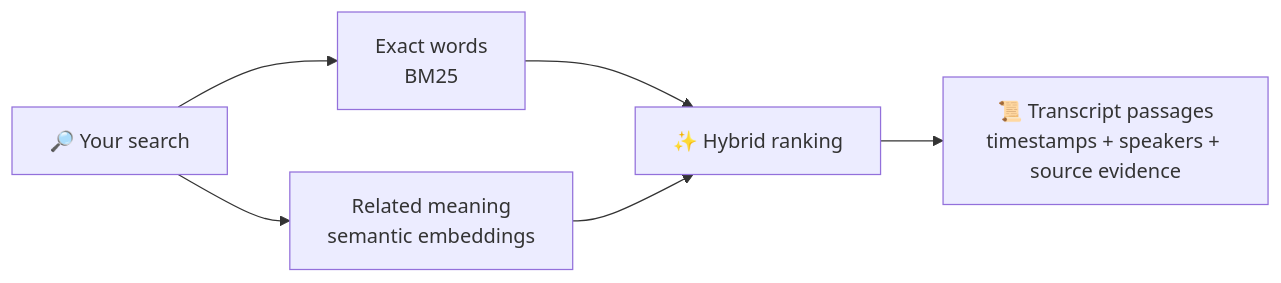
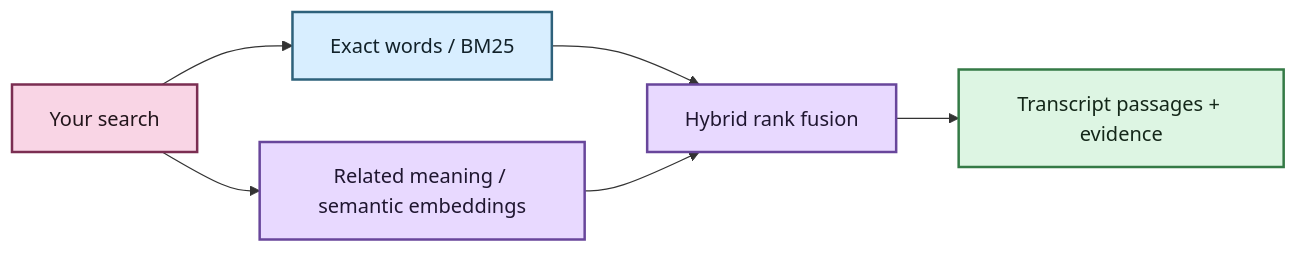
One commit to SSD1805/EchoFlow changed the first of 3 diagrams in docs/semantic-search.md. Above: the diagram before and after it, drawn with Mermaid. The commit also changed other lines of this file, not shown here.

Commit message:
docs: polish semantic search guide

````diff
--- a/docs/semantic-search.md
+++ b/docs/semantic-search.md
@@ -19,8 +24,18 @@
 ```mermaid
 flowchart LR
-    Q[🔎 Your search] --> L[Exact words<br/>BM25]
-    Q --> S[Related meaning<br/>semantic embeddings]
-    L --> H[✨ Hybrid ranking]
+    Q[Your search] --> L[Exact words / BM25]
+    Q --> S[Related meaning / semantic embeddings]
+    L --> H[Hybrid rank fusion]
     S --> H
-    H --> E[📜 Transcript passages<br/>timestamps + speakers + source evidence]
+    H --> E[Transcript passages + evidence]
+
+    classDef query fill:#F9D5E5,stroke:#7B2E52,stroke-width:2px,color:#22151B
+    classDef lexical fill:#D8EEFF,stroke:#2E617B,stroke-width:2px,color:#12222A
+    classDef semantic fill:#E8D9FF,stroke:#68469B,stroke-width:2px,color:#1F1630
+    classDef result fill:#DDF5E3,stroke:#347A46,stroke-width:2px,color:#142719
+
+    class Q query
+    class L lexical
+    class S,H semantic
+    class E result
 ```
````
